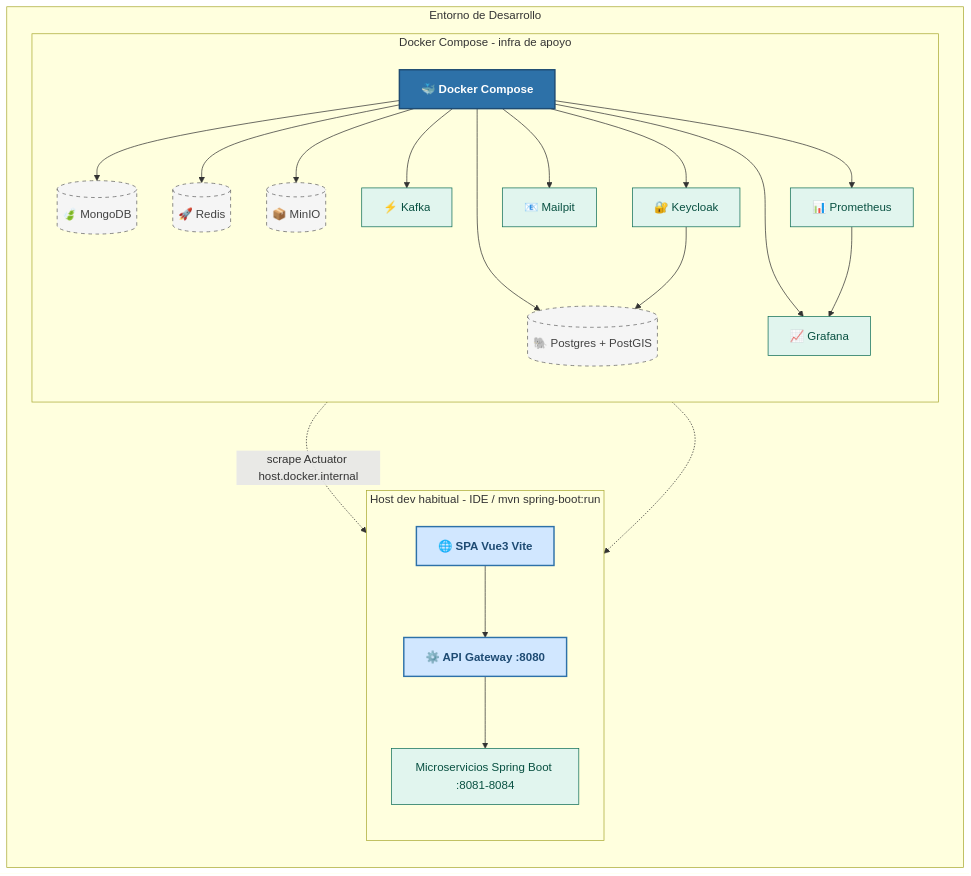
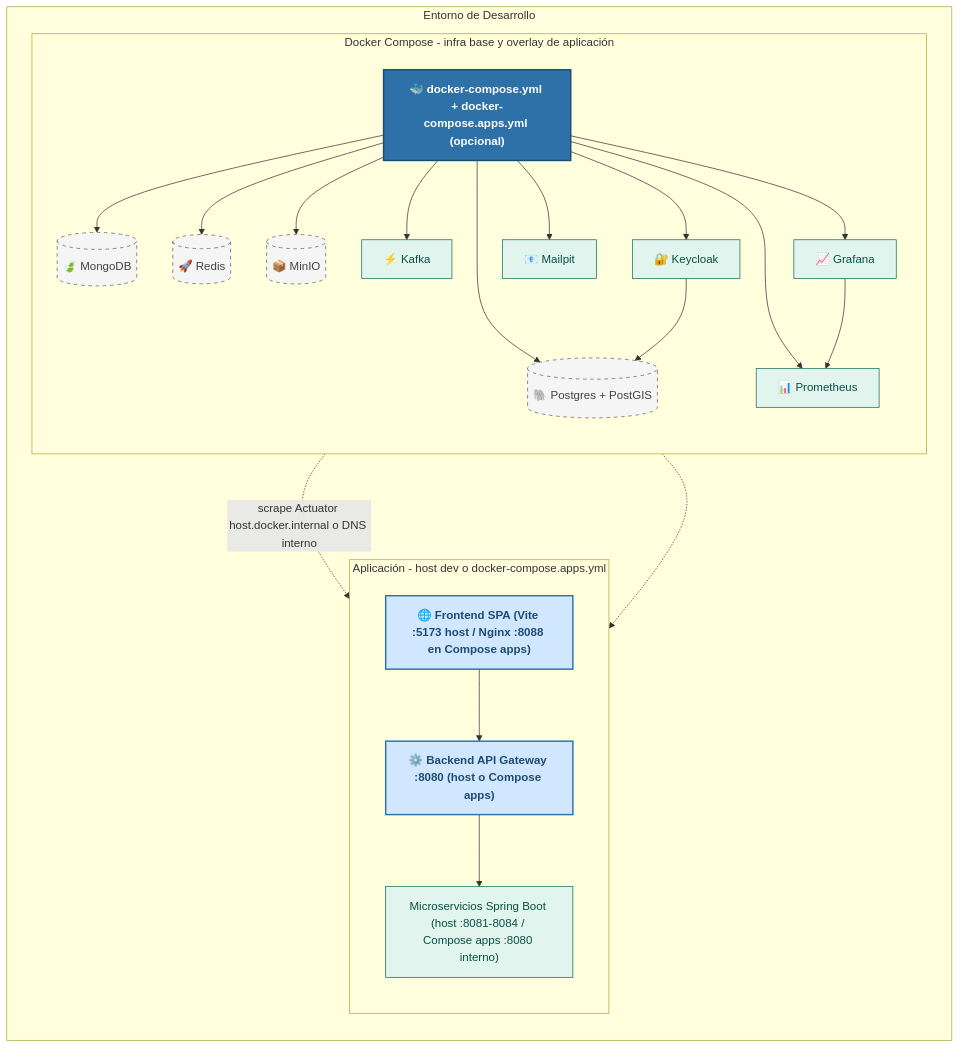
Before and after one commit to ldefrutos1/AI4Devs-finalproject: diagram 13 of 19 in readme.md, drawn with Mermaid. The commit also changed other lines of this file and 48 other files, not shown here.

Commit message:
Se incluye el nuevo docker-compose.apps2

````diff
--- a/readme.md
+++ b/readme.md
@@ -874,51 +891,51 @@
 ```mermaid
 flowchart TB
     %% --- Estilos (Consistentes con toda la documentación) ---
     classDef orch fill:#2D71A8,stroke:#1E4B73,stroke-width:2px,color:#FFFFFF,font-weight:bold;
     classDef web fill:#D1E7FF,stroke:#2D71A8,stroke-width:2px,color:#1E4B73,font-weight:bold;
     classDef service fill:#E1F5EE,stroke:#0F6E56,stroke-width:1px,color:#085041;
     classDef db fill:#F5F5F5,stroke:#616161,stroke-width:1px,color:#424242,stroke-dasharray: 5 5;
 
     subgraph dev [Entorno de Desarrollo]
         direction TB
 
-        subgraph host [Host dev habitual - IDE / mvn spring-boot:run]
+        subgraph host [Aplicación - host dev o docker-compose.apps.yml]
             direction TB
-            SPAh["🌐 SPA Vue3 Vite"]:::web
-            GWh["⚙️ API Gateway :8080"]:::web
-            MSh["Microservicios Spring Boot :8081-8084"]:::service
+            SPAh["🌐 Frontend SPA (Vite :5173 host / Nginx :8088 en Compose apps)"]:::web
+            GWh["⚙️ Backend API Gateway :8080 (host o Compose apps)"]:::web
+            MSh["Microservicios Spring Boot (host :8081-8084 / Compose apps :8080 interno)"]:::service
             SPAh --> GWh
             GWh --> MSh
         end
 
-        subgraph compose [Docker Compose - infra de apoyo]
+        subgraph compose [Docker Compose - infra base y overlay de aplicación]
             direction TB
-            DC["🐳 Docker Compose"]:::orch
+            DC["🐳 docker-compose.yml + docker-compose.apps.yml (opcional)"]:::orch
 
             KCd["🔐 Keycloak"]:::service
             Kd["⚡ Kafka"]:::service
             MPd["📧 Mailpit"]:::service
             PRd["📊 Prometheus"]:::service
             GRd["📈 Grafana"]:::service
 
             PGd[("🐘 Postgres + PostGIS")]:::db
             MGd[("🍃 MongoDB")]:::db
             Rd[("🚀 Redis")]:::db
             S3d[("📦 MinIO")]:::db
         end
 
         DC --> PGd
         DC --> MGd
         DC --> Rd
         DC --> S3d
         DC --> Kd
         DC --> KCd
         DC --> MPd
         DC --> PRd
         DC --> GRd
         KCd --> PGd
-        PRd --> GRd
-        PRd -.->|scrape Actuator host.docker.internal| GWh
+        GRd --> PRd
+        PRd -.->|scrape Actuator host.docker.internal o DNS interno| GWh
         PRd -.-> MSh
     end
 ```
````
